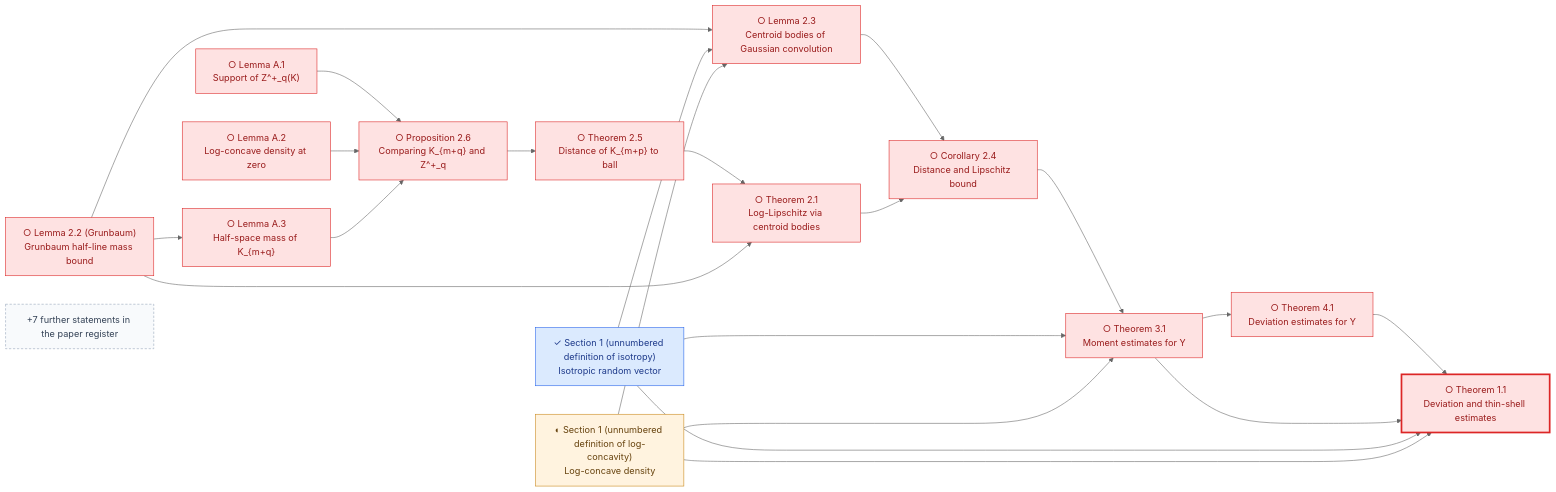
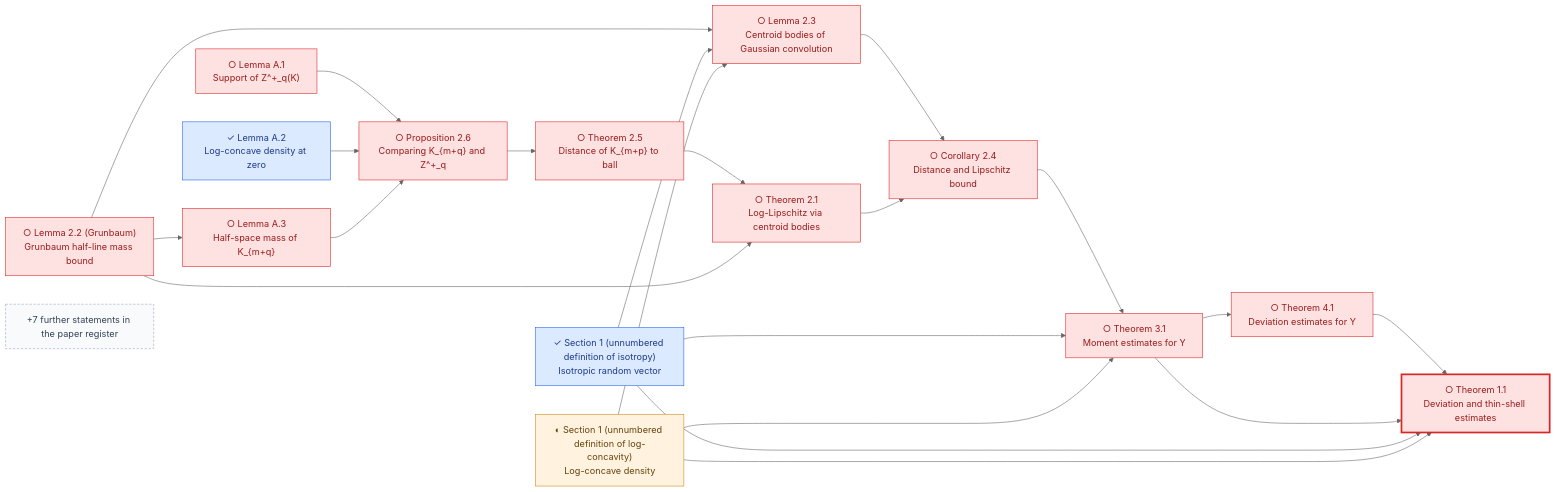
Before and after one commit to human-ai-mathematics/kls-lean: the fourth of 24 diagrams in research/progress/README.md, drawn with Mermaid (neutral theme). The commit also changed other lines of this file and 11 other files, not shown here.

First line of the commit message:
Formalize Lee–Vempala Lemma 42 and Guédon–Milman Lemma A.2

````diff
--- a/research/progress/README.md
+++ b/research/progress/README.md
@@ -189,47 +189,47 @@
 ```mermaid
 flowchart LR
     GuedonMilman2011_DISO["✓ Section 1 (unnumbered definition of isotropy)<br/>Isotropic random vector"]
     GuedonMilman2011_DLC["◐ Section 1 (unnumbered definition of log-concavity)<br/>Log-concave density"]
     GuedonMilman2011_T11["○ Theorem 1.1<br/>Deviation and thin-shell estimates"]
     GuedonMilman2011_T21["○ Theorem 2.1<br/>Log-Lipschitz via centroid bodies"]
     GuedonMilman2011_L22["○ Lemma 2.2 (Grunbaum)<br/>Grunbaum half-line mass bound"]
     GuedonMilman2011_L23["○ Lemma 2.3<br/>Centroid bodies of Gaussian convolution"]
     GuedonMilman2011_C24["○ Corollary 2.4<br/>Distance and Lipschitz bound"]
     GuedonMilman2011_T25["○ Theorem 2.5<br/>Distance of K_{m+p} to ball"]
     GuedonMilman2011_P26["○ Proposition 2.6<br/>Comparing K_{m+q} and Z^+_q"]
     GuedonMilman2011_T31["○ Theorem 3.1<br/>Moment estimates for Y"]
     GuedonMilman2011_T41["○ Theorem 4.1<br/>Deviation estimates for Y"]
     GuedonMilman2011_A1["○ Lemma A.1<br/>Support of Z^+_q(K)"]
-    GuedonMilman2011_A2["○ Lemma A.2<br/>Log-concave density at zero"]
+    GuedonMilman2011_A2["✓ Lemma A.2<br/>Log-concave density at zero"]
     GuedonMilman2011_A3["○ Lemma A.3<br/>Half-space mass of K_{m+q}"]
     GuedonMilman2011_T41 --> GuedonMilman2011_T11
     GuedonMilman2011_T31 --> GuedonMilman2011_T11
     GuedonMilman2011_DISO --> GuedonMilman2011_T11
     GuedonMilman2011_DLC --> GuedonMilman2011_T11
     GuedonMilman2011_T25 --> GuedonMilman2011_T21
     GuedonMilman2011_L22 --> GuedonMilman2011_T21
     GuedonMilman2011_L22 --> GuedonMilman2011_L23
     GuedonMilman2011_DISO --> GuedonMilman2011_L23
     GuedonMilman2011_DLC --> GuedonMilman2011_L23
     GuedonMilman2011_L23 --> GuedonMilman2011_C24
     GuedonMilman2011_T21 --> GuedonMilman2011_C24
     GuedonMilman2011_P26 --> GuedonMilman2011_T25
     GuedonMilman2011_A1 --> GuedonMilman2011_P26
     GuedonMilman2011_A2 --> GuedonMilman2011_P26
     GuedonMilman2011_A3 --> GuedonMilman2011_P26
     GuedonMilman2011_C24 --> GuedonMilman2011_T31
     GuedonMilman2011_DISO --> GuedonMilman2011_T31
     GuedonMilman2011_DLC --> GuedonMilman2011_T31
     GuedonMilman2011_T31 --> GuedonMilman2011_T41
     GuedonMilman2011_L22 --> GuedonMilman2011_A3
     GuedonMilman2011_more["+7 further statements in the paper register"]
     classDef lemma_formalized fill:#dbeafe,stroke:#2563eb,color:#1e3a8a;
-    class GuedonMilman2011_DISO lemma_formalized;
+    class GuedonMilman2011_DISO,GuedonMilman2011_A2 lemma_formalized;
     classDef lemma_partial fill:#fff3df,stroke:#c88719,color:#66420d;
     class GuedonMilman2011_DLC lemma_partial;
     classDef lemma_pending fill:#fee2e2,stroke:#dc2626,color:#991b1b;
-    class GuedonMilman2011_T11,GuedonMilman2011_T21,GuedonMilman2011_L22,GuedonMilman2011_L23,GuedonMilman2011_C24,GuedonMilman2011_T25,GuedonMilman2011_P26,GuedonMilman2011_T31,GuedonMilman2011_T41,GuedonMilman2011_A1,GuedonMilman2011_A2,GuedonMilman2011_A3 lemma_pending;
+    class GuedonMilman2011_T11,GuedonMilman2011_T21,GuedonMilman2011_L22,GuedonMilman2011_L23,GuedonMilman2011_C24,GuedonMilman2011_T25,GuedonMilman2011_P26,GuedonMilman2011_T31,GuedonMilman2011_T41,GuedonMilman2011_A1,GuedonMilman2011_A3 lemma_pending;
     style GuedonMilman2011_T11 stroke-width:3px
     classDef lemma_more fill:#f8fafc,stroke:#94a3b8,color:#334155,stroke-dasharray:4 3;
     class GuedonMilman2011_more lemma_more;
 ```
````
